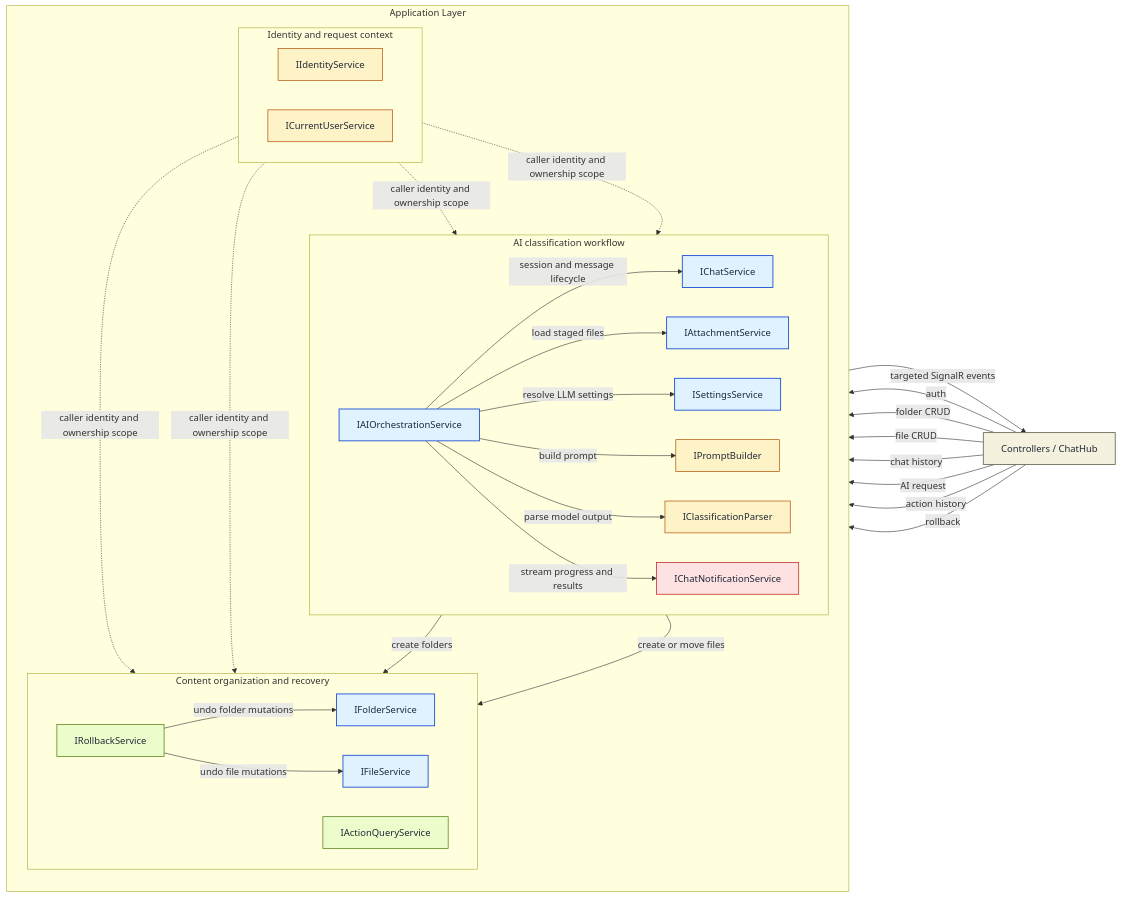
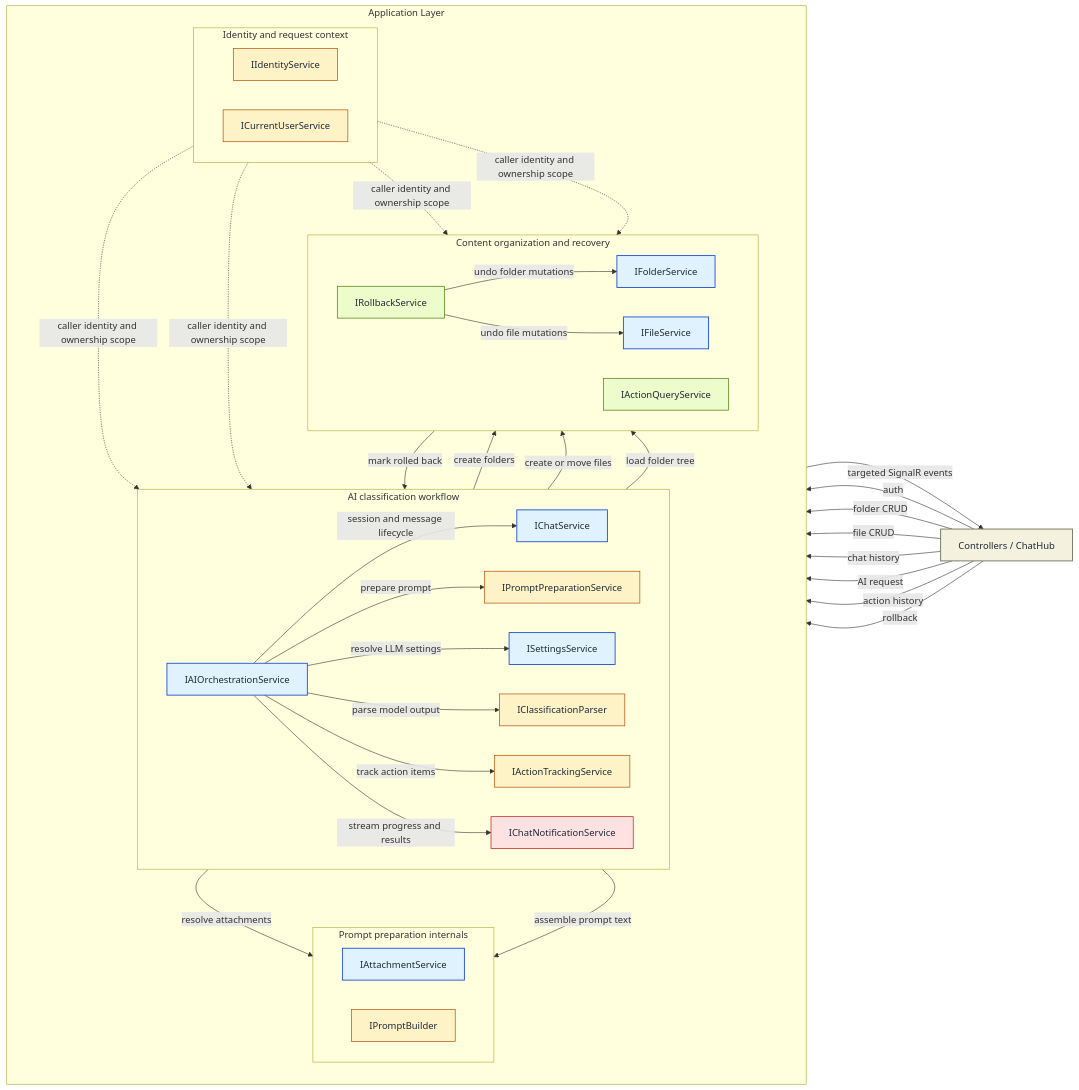
The first of 2 diagrams in docs/agents/SERVICES_ARCHITECTURE.md (BarminGeorge/ShuKnow), drawn with Mermaid before and after one commit. The commit also changed other lines of this file and 12 other files, not shown here.

````diff
--- a/docs/agents/SERVICES_ARCHITECTURE.md
+++ b/docs/agents/SERVICES_ARCHITECTURE.md
@@ -457,66 +500,77 @@
 ```mermaid
 flowchart LR
     classDef entry fill:#F4F1DE,stroke:#6B705C,color:#1F2937,stroke-width:1.5px;
     classDef core fill:#E0F2FE,stroke:#1D4ED8,color:#1F2937,stroke-width:1.5px;
     classDef support fill:#FEF3C7,stroke:#B45309,color:#1F2937,stroke-width:1.2px;
     classDef recovery fill:#ECFCCB,stroke:#4D7C0F,color:#1F2937,stroke-width:1.2px;
     classDef transport fill:#FEE2E2,stroke:#B91C1C,color:#1F2937,stroke-width:1.2px;
 
     Client["Controllers / ChatHub"]:::entry
 
     subgraph App["Application Layer"]
         direction TB
 
         subgraph Workflow["AI classification workflow"]
             direction LR
             ChatService["IChatService"]:::core
-            AttachmentService["IAttachmentService"]:::core
             SettingsService["ISettingsService"]:::core
             AIOrchestration["IAIOrchestrationService"]:::core
+            PromptPrep["IPromptPreparationService"]:::support
+            ClassificationParser["IClassificationParser"]:::support
+            ActionTracking["IActionTrackingService"]:::support
+            ChatNotification["IChatNotificationService"]:::transport
+        end
+
+        subgraph PromptInternals["Prompt preparation internals"]
+            direction LR
+            AttachmentService["IAttachmentService"]:::core
             PromptBuilder["IPromptBuilder"]:::support
-            ClassificationParser["IClassificationParser"]:::support
-            ChatNotification["IChatNotificationService"]:::transport
         end
 
         subgraph Content["Content organization and recovery"]
             direction LR
             FolderService["IFolderService"]:::core
             FileService["IFileService"]:::core
             ActionQueryService["IActionQueryService"]:::recovery
             RollbackService["IRollbackService"]:::recovery
         end
 
         subgraph Identity["Identity and request context"]
             direction LR
             IdentityService["IIdentityService"]:::support
             CurrentUser["ICurrentUserService"]:::support
         end
     end
 
     Client -->|auth| IdentityService
     Client -->|folder CRUD| FolderService
     Client -->|file CRUD| FileService
     Client -->|chat history| ChatService
     Client -->|AI request| AIOrchestration
     Client -->|action history| ActionQueryService
     Client -->|rollback| RollbackService
 
     AIOrchestration -->|session and message lifecycle| ChatService
-    AIOrchestration -->|load staged files| AttachmentService
+    AIOrchestration -->|prepare prompt| PromptPrep
     AIOrchestration -->|resolve LLM settings| SettingsService
-    AIOrchestration -->|build prompt| PromptBuilder
     AIOrchestration -->|parse model output| ClassificationParser
+    AIOrchestration -->|track action items| ActionTracking
     AIOrchestration -->|create folders| FolderService
     AIOrchestration -->|create or move files| FileService
     AIOrchestration -->|stream progress and results| ChatNotification
 
+    PromptPrep -->|load folder tree| FolderService
+    PromptPrep -->|resolve attachments| AttachmentService
+    PromptPrep -->|assemble prompt text| PromptBuilder
+
     RollbackService -->|undo file mutations| FileService
     RollbackService -->|undo folder mutations| FolderService
+    RollbackService -->|mark rolled back| ActionTracking
 
     CurrentUser -. caller identity and ownership scope .-> AIOrchestration
     CurrentUser -. caller identity and ownership scope .-> FolderService
     CurrentUser -. caller identity and ownership scope .-> FileService
     CurrentUser -. caller identity and ownership scope .-> ChatService
 
     ChatNotification -->|targeted SignalR events| Client
 ```
````
